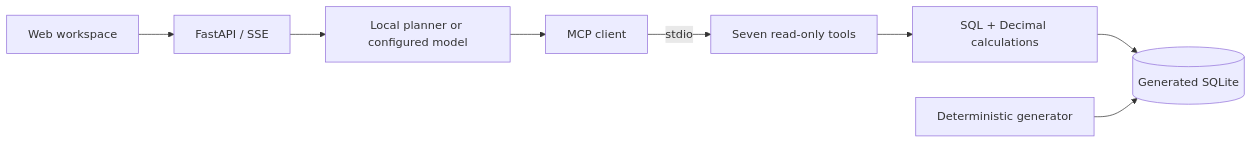
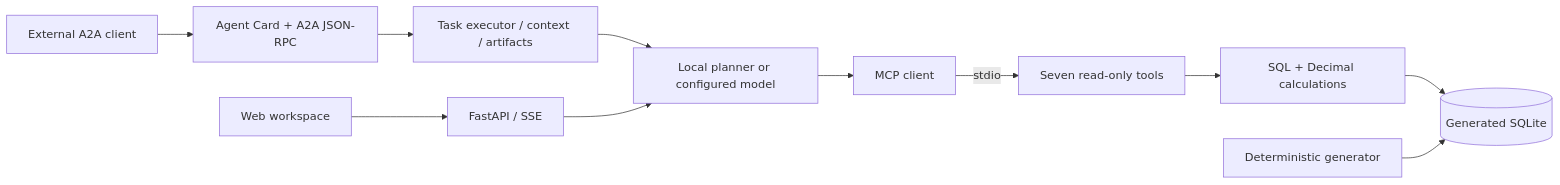
Before and after one commit to yf2685-beep/bank-relationship-agent: the diagram in README.md, drawn with Mermaid. The commit also changed other lines of this file and 8 other files, not shown here.

Commit message:
Add standard A2A discovery, task lifecycle and SDK client integration

````diff
--- a/README.md
+++ b/README.md
@@ -58,10 +61,13 @@
 ```mermaid
 flowchart LR
     UI[Web workspace] --> API[FastAPI / SSE]
+    External[External A2A client] --> A2A[Agent Card + A2A JSON-RPC]
+    A2A --> Executor[Task executor / context / artifacts]
+    Executor --> Planner
     API --> Planner[Local planner or configured model]
     Planner --> Client[MCP client]
     Client -->|stdio| Tools[Seven read-only tools]
     Tools --> Analytics[SQL + Decimal calculations]
     Analytics --> DB[(Generated SQLite)]
     Generator[Deterministic generator] --> DB
 ```
````
